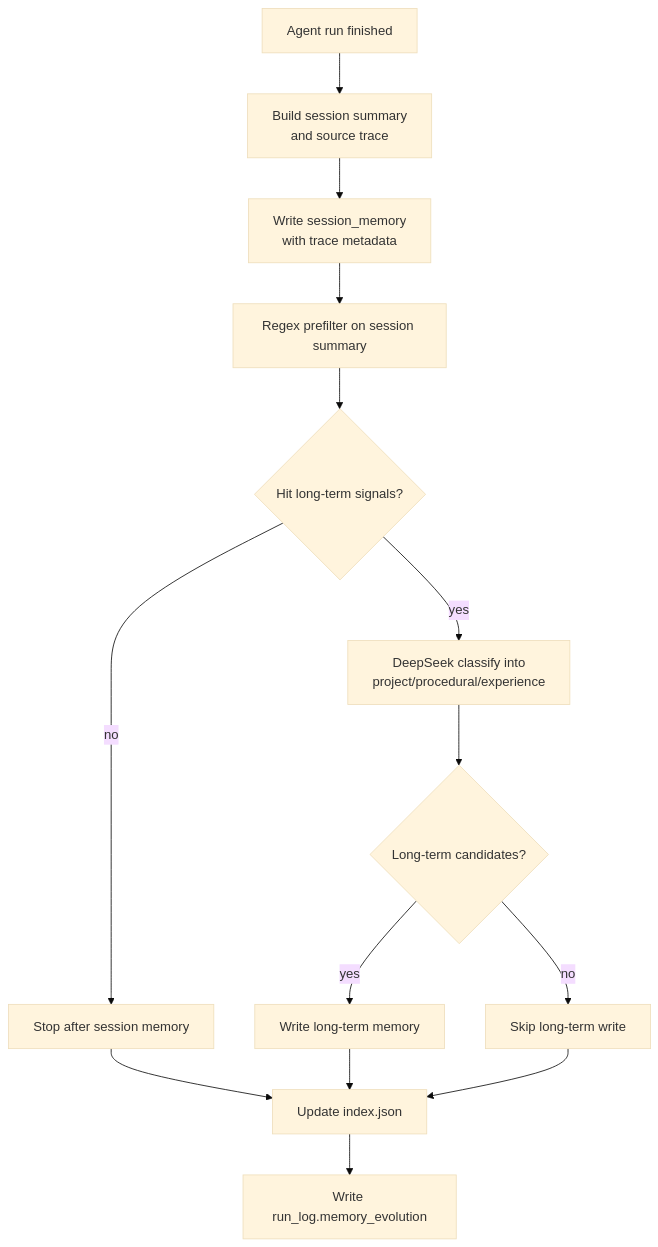
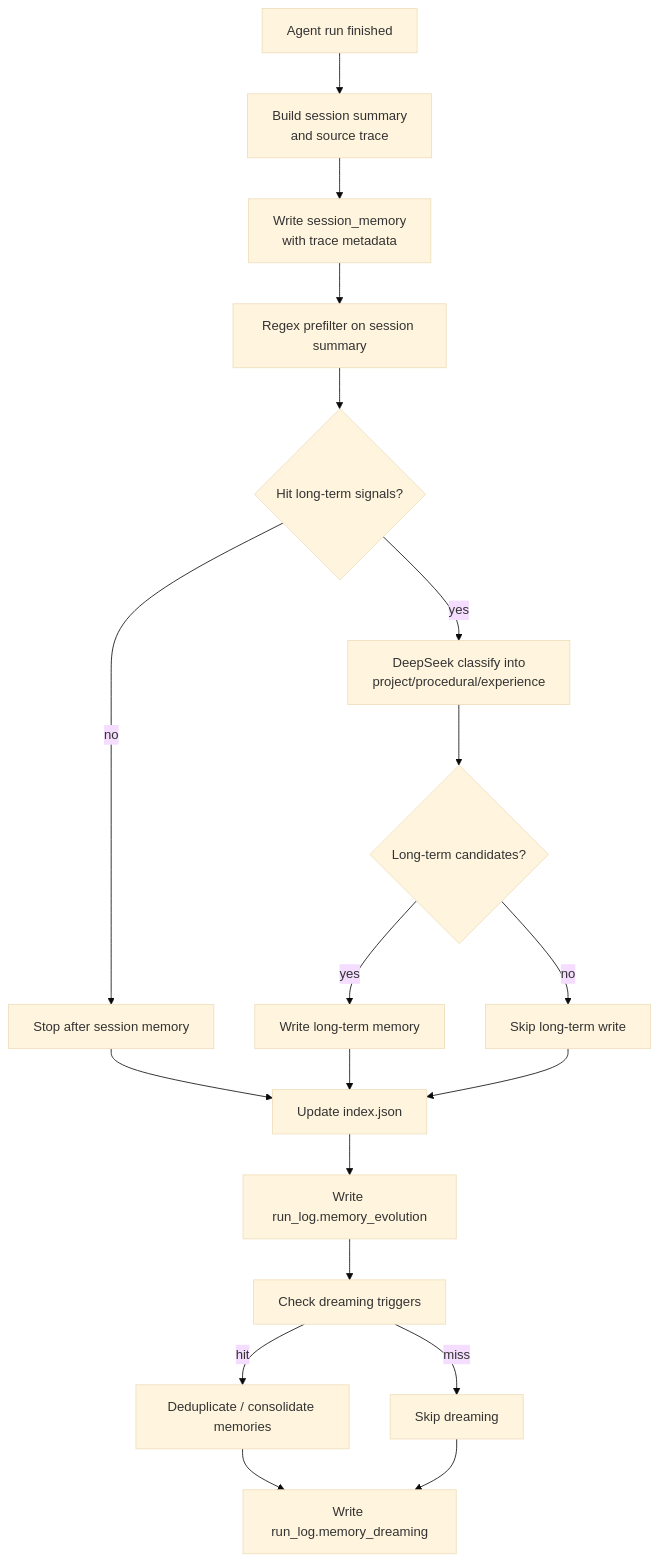
Before and after one commit to Cachuela11/MiniCode: the sixth of 6 diagrams in README.md, drawn with Mermaid (base theme). The commit also changed other lines of this file and 6 other files, not shown here.

````diff
--- a/README.md
+++ b/README.md
@@ -226,16 +228,21 @@
 ```mermaid
 flowchart TD
     A[Agent run finished] --> B[Build session summary<br/>and source trace]
     B --> C[Write session_memory<br/>with trace metadata]
     C --> D[Regex prefilter on session summary]
     D --> E{Hit long-term signals?}
     E -->|no| F[Stop after session memory]
     E -->|yes| G[DeepSeek classify into<br/>project/procedural/experience]
     G --> H{Long-term candidates?}
     H -->|yes| I[Write long-term memory]
     H -->|no| J[Skip long-term write]
     F --> K[Update index.json]
     I --> K
     J --> K
     K --> L[Write run_log.memory_evolution]
+    L --> M[Check dreaming triggers]
+    M -->|hit| N[Deduplicate / consolidate memories]
+    M -->|miss| O[Skip dreaming]
+    N --> P[Write run_log.memory_dreaming]
+    O --> P
 ```
````
